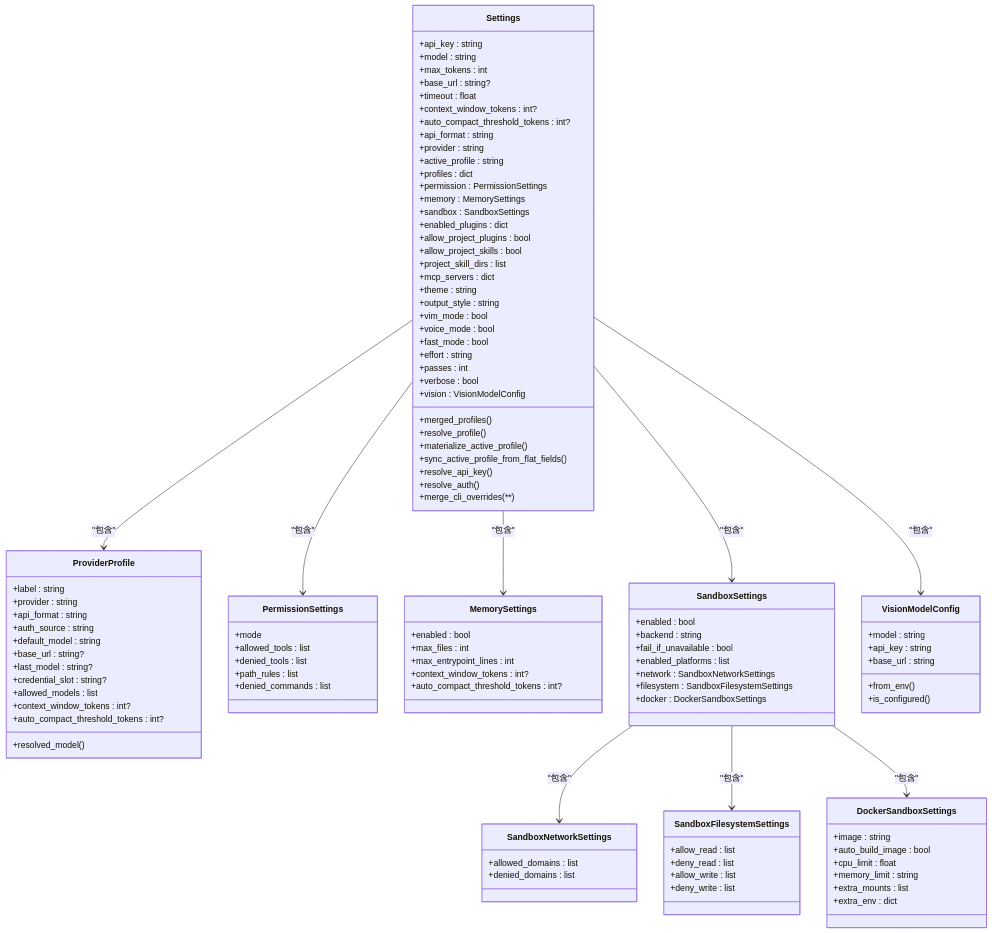
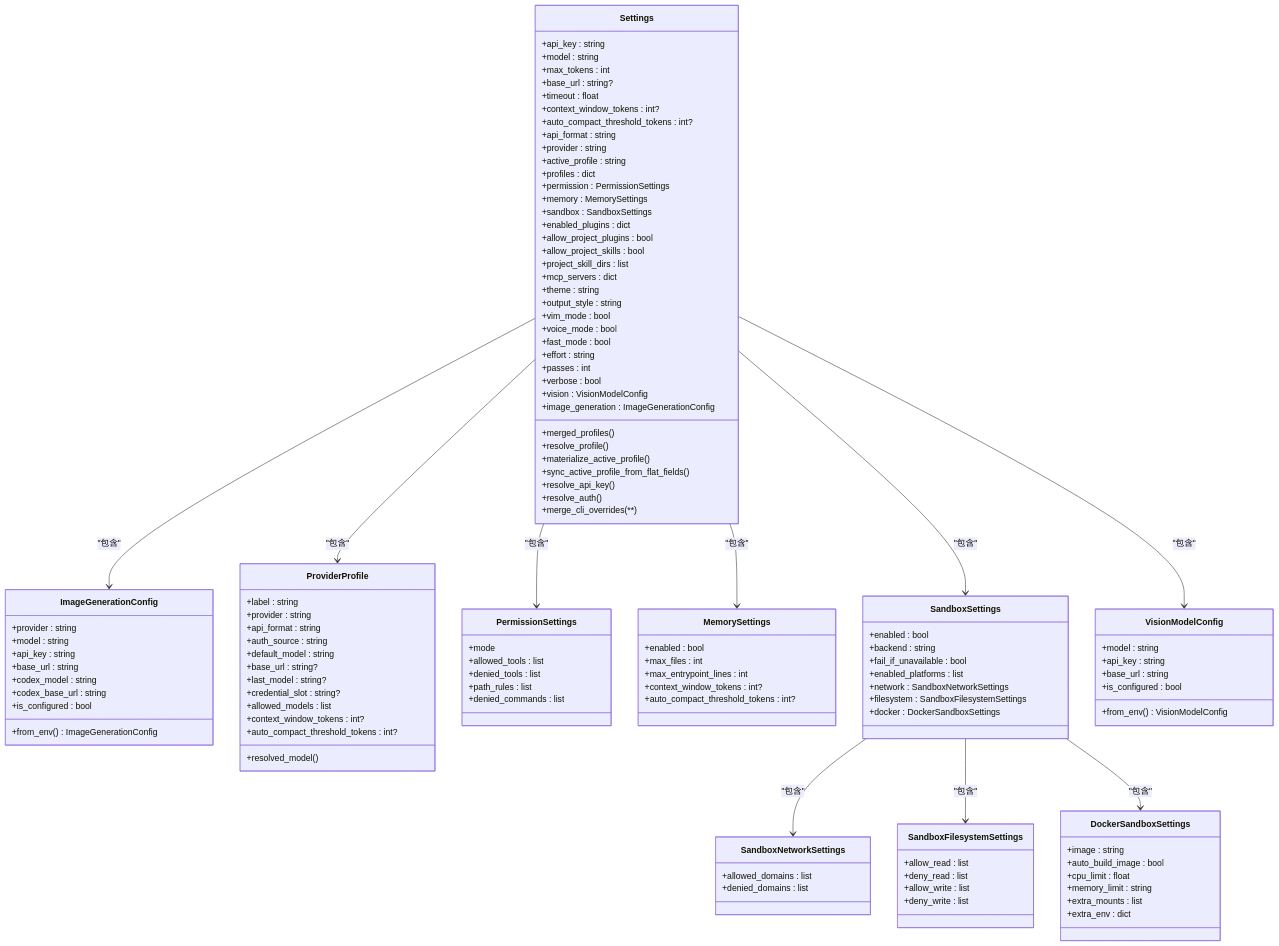
One commit to tea4go/OpenHarness changed the third of 8 diagrams in .qoder/repowiki/zh/content/配置管理/配置管理.md. Above: the diagram before and after it, drawn with Mermaid. The commit also changed other lines of this file and 4 other files, not shown here.

First line of the commit message:
docs(ui): 增强UI运行时与图像生成工具支持

```diff
--- a/.qoder/repowiki/zh/content/配置管理/配置管理.md
+++ b/.qoder/repowiki/zh/content/配置管理/配置管理.md
@@ -198,6 +228,7 @@
 +passes : int
 +verbose : bool
 +vision : VisionModelConfig
++image_generation : ImageGenerationConfig
 +merged_profiles()
 +resolve_profile()
 +materialize_active_profile()
@@ -205,6 +236,16 @@
 +resolve_api_key()
 +resolve_auth()
 +merge_cli_overrides(**)
+}
+class ImageGenerationConfig {
++provider : string
++model : string
++api_key : string
++base_url : string
++codex_model : string
++codex_base_url : string
++from_env() ImageGenerationConfig
++is_configured : bool
 }
 class ProviderProfile {
 +label : string
@@ -265,9 +306,10 @@
 +model : string
 +api_key : string
 +base_url : string
-+from_env()
-+is_configured()
++from_env() VisionModelConfig
++is_configured : bool
 }
+Settings --> ImageGenerationConfig : "包含"
 Settings --> ProviderProfile : "包含"
 Settings --> PermissionSettings : "包含"
 Settings --> MemorySettings : "包含"
```
